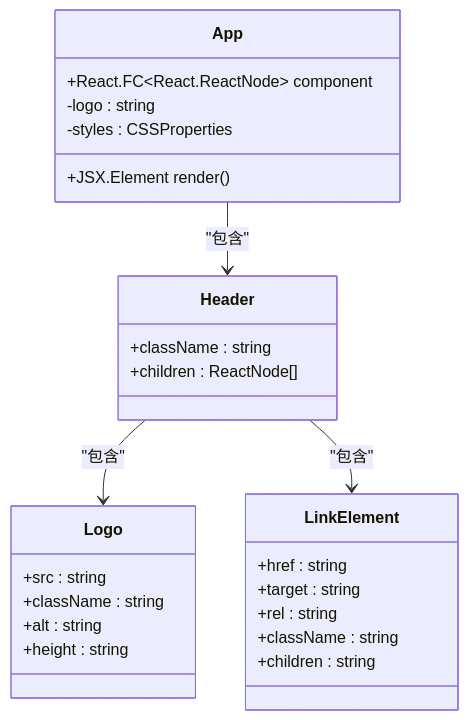
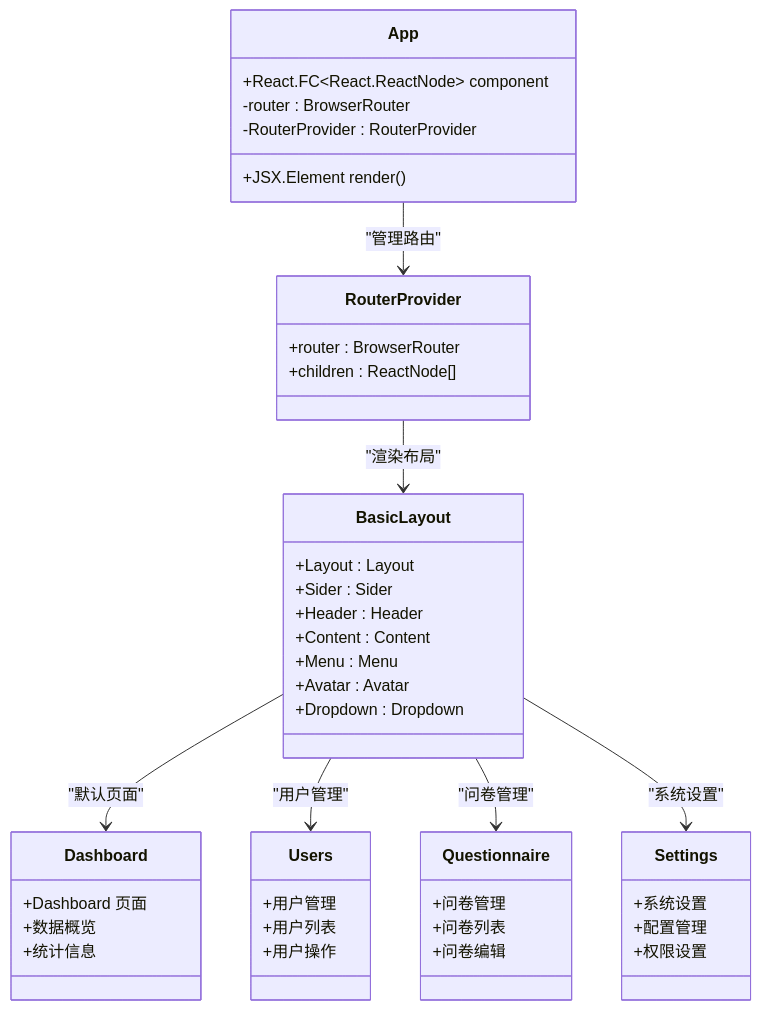
One commit to kkxxll/reactNext changed the second of 9 diagrams in .qoder/repowiki/zh/content/核心组件/App 组件.md. Above: the diagram before and after it, drawn with Mermaid. The commit also changed other lines of this file and 12 other files, not shown here.

````diff
--- a/.qoder/repowiki/zh/content/核心组件/App 组件.md
+++ b/.qoder/repowiki/zh/content/核心组件/App 组件.md
@@ -85,29 +109,48 @@
 ```mermaid
 classDiagram
 class App {
 +JSX.Element render()
 +React.FC~React.ReactNode~ component
--logo : string
--styles : CSSProperties
+-router : BrowserRouter
+-RouterProvider : RouterProvider
 }
-class Header {
-+className : string
+class RouterProvider {
++router : BrowserRouter
 +children : ReactNode[]
 }
-class Logo {
-+src : string
-+className : string
-+alt : string
-+height : string
+class BasicLayout {
++Layout : Layout
++Sider : Sider
++Header : Header
++Content : Content
++Menu : Menu
++Avatar : Avatar
++Dropdown : Dropdown
 }
-class LinkElement {
-+href : string
-+target : string
-+rel : string
-+className : string
-+children : string
+class Dashboard {
++Dashboard 页面
++数据概览
++统计信息
 }
-App --> Header : "包含"
-Header --> Logo : "包含"
-Header --> LinkElement : "包含"
+class Users {
++用户管理
++用户列表
++用户操作
+}
+class Questionnaire {
++问卷管理
++问卷列表
++问卷编辑
+}
+class Settings {
++系统设置
++配置管理
++权限设置
+}
+App --> RouterProvider : "管理路由"
+RouterProvider --> BasicLayout : "渲染布局"
+BasicLayout --> Dashboard : "默认页面"
+BasicLayout --> Users : "用户管理"
+BasicLayout --> Questionnaire : "问卷管理"
+BasicLayout --> Settings : "系统设置"
 ```
````
